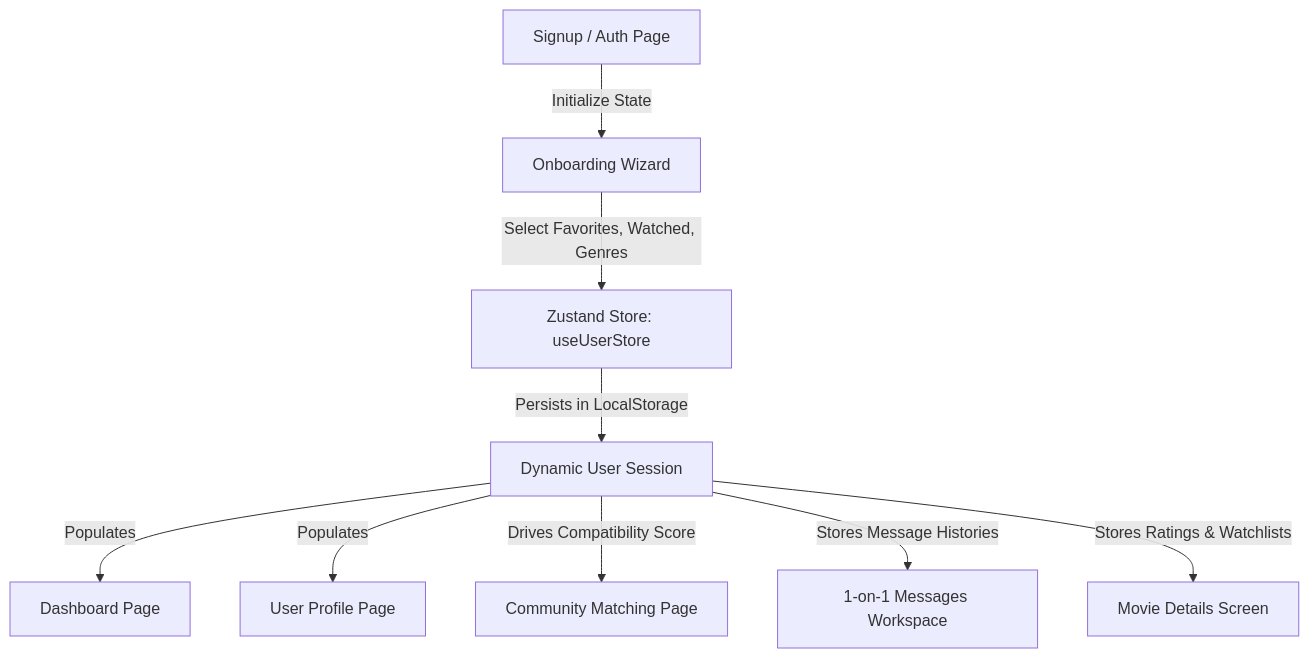
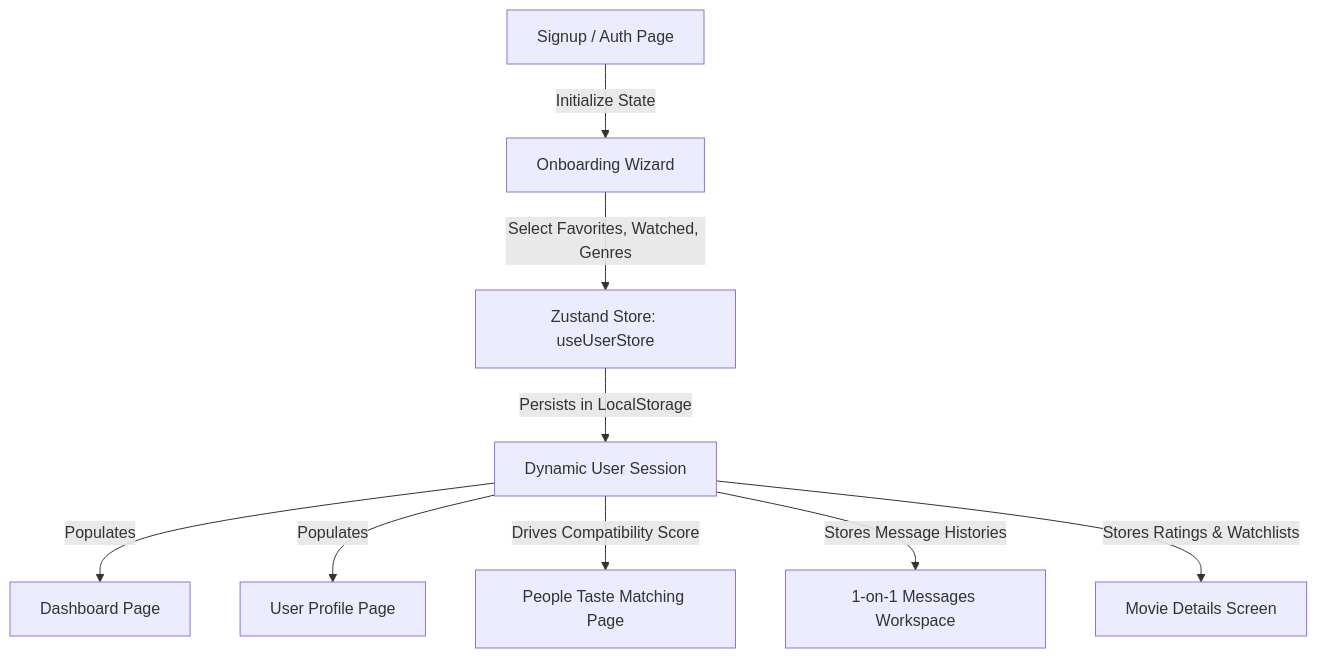
The diagram in README.md (CINELITH2025/CINELITH_WEB_APP), drawn with Mermaid before and after one commit. The commit also changed other lines of this file and 15 other files, not shown here.

Commit message:
feat: implement frontend review changes, unified explore page, people social directory, profile custom collections, and brand updates

````diff
--- a/README.md
+++ b/README.md
@@ -72,11 +70,11 @@
 ```mermaid
 graph TD
     A[Signup / Auth Page] -->|Initialize State| B[Onboarding Wizard]
     B -->|Select Favorites, Watched, Genres| C[Zustand Store: useUserStore]
     C -->|Persists in LocalStorage| D[Dynamic User Session]
     D -->|Populates| E[Dashboard Page]
     D -->|Populates| F[User Profile Page]
-    D -->|Drives Compatibility Score| G[Community Matching Page]
+    D -->|Drives Compatibility Score| G[People Taste Matching Page]
     D -->|Stores Message Histories| H[1-on-1 Messages Workspace]
     D -->|Stores Ratings & Watchlists| I[Movie Details Screen]
 ```
````
